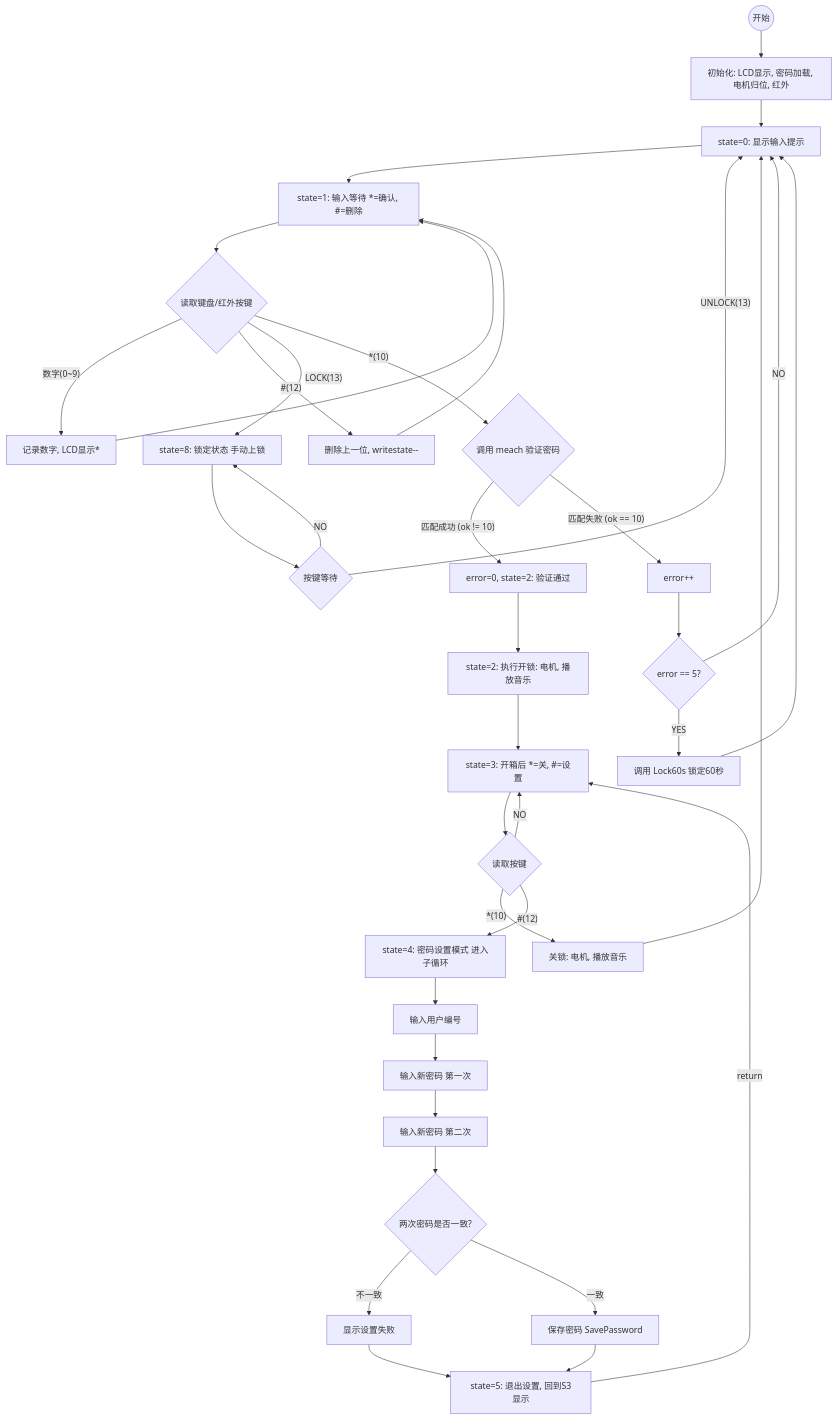
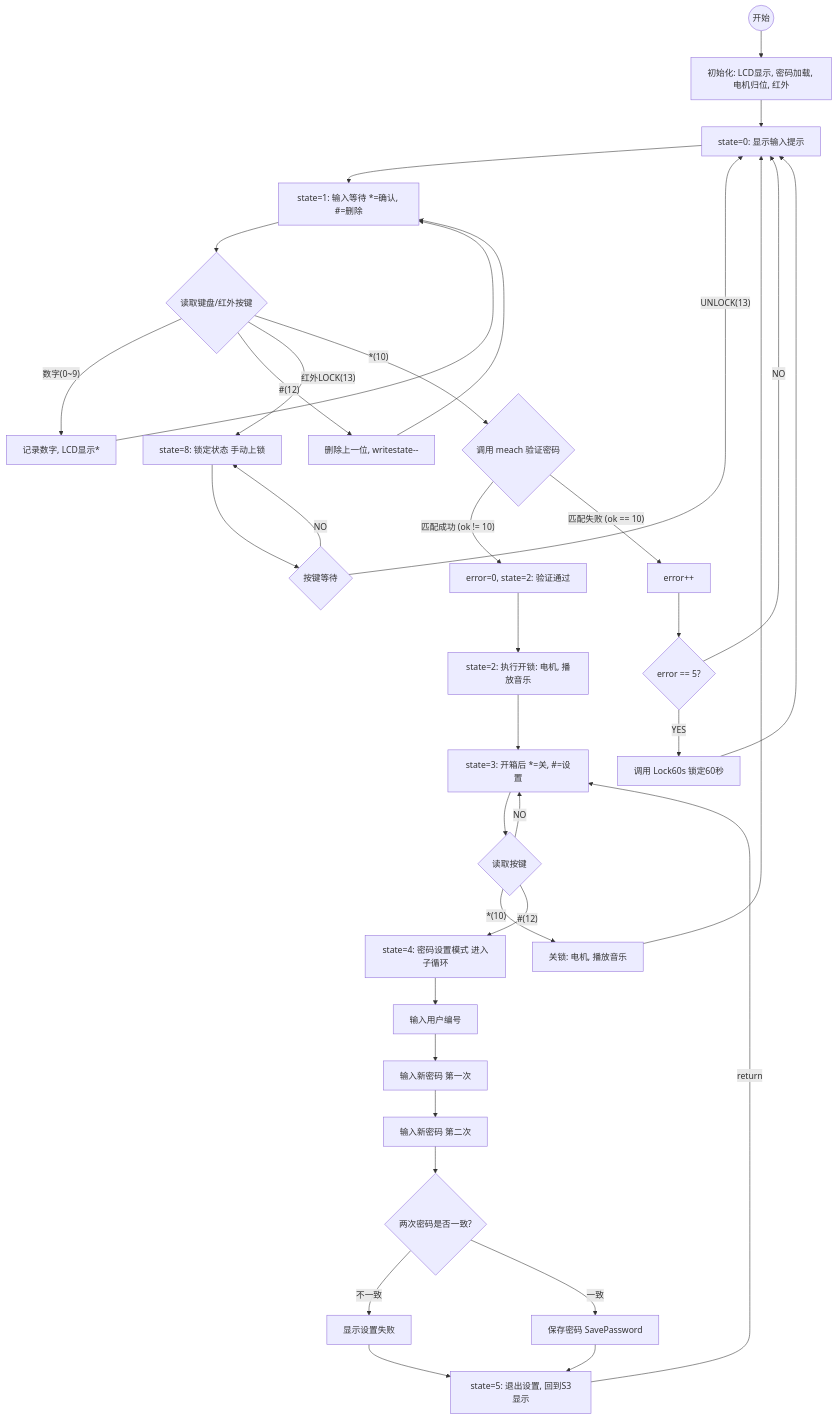
Before and after one commit to ksxyh-22/iodraw-files: the diagram in all/未命名-1.md, drawn with Mermaid.

Commit message:
2025-10-11 11:11:08 update

````diff
--- a/all/未命名-1.md
+++ b/all/未命名-1.md
@@ -1,67 +1,67 @@
 ```mermaid
 graph TD
     %% 状态机主流程
     START((开始)) --> INIT[初始化: LCD显示, 密码加载, 电机归位, 红外];
     INIT --> S0[state=0: 显示输入提示];
 
     %% 状态 1: 密码输入与验证
     S0 --> S1[state=1: 输入等待 *=确认, #=删除];
     
     S1 --> INPUT{读取键盘/红外按键};
     
     INPUT -- 数字(0~9) --> DIGIT[记录数字, LCD显示*];
     DIGIT --> S1;
 
     INPUT -- #(12) --> DELETE[删除上一位, writestate--];
     DELETE --> S1;
 
-    INPUT -- LOCK(13) --> S8[state=8: 锁定状态 手动上锁];
+    INPUT -- 红外LOCK(13) --> S8[state=8: 锁定状态 手动上锁];
     
     INPUT -- *(10) --> VERIFY{调用 meach 验证密码};
     
     VERIFY -- 匹配成功 (ok != 10) --> S2_SUCCESS[error=0, state=2: 验证通过];
     
     VERIFY -- 匹配失败 (ok == 10) --> ERROR_COUNT[error++];
     
     ERROR_COUNT --> CHECK_ERRORS{error == 5?};
     
     CHECK_ERRORS -- NO --> S0;
 
     CHECK_ERRORS -- YES --> LOCK_60s[调用 Lock60s 锁定60秒];
     LOCK_60s --> S0;
 
     %% 状态 2, 3, 5: 开锁后的操作
     S2_SUCCESS --> S2_OPEN[state=2: 执行开锁: 电机, 播放音乐];
     S2_OPEN --> S3[state=3: 开箱后 *=关, #=设置];
 
     S3 --> POST_KEY{读取按键};
     
     POST_KEY -- NO --> S3;
     
     POST_KEY -- *(10) --> S3_CLOSE[关锁: 电机, 播放音乐];
     S3_CLOSE --> S0;
     
     POST_KEY -- #(12) --> S4[state=4: 密码设置模式 进入子循环];
 
     %% 状态 4: 密码设置
     S4 --> S4_USER[输入用户编号];
     S4_USER --> S4_PASS1[输入新密码 第一次];
     S4_PASS1 --> S4_PASS2[输入新密码 第二次];
 
     S4_PASS2 --> S4_CHECK{两次密码是否一致?};
     
     S4_CHECK -- 不一致 --> S4_FAIL[显示设置失败];
     S4_FAIL --> S5[state=5: 退出设置, 回到S3显示];
 
     S4_CHECK -- 一致 --> S4_SAVE[保存密码 SavePassword];
     S4_SAVE --> S5;
     
     S5 -- return --> S3; 
     %% 回到开箱后状态的显示
 
     %% 状态 8: 锁定状态 (手动)
     S8 --> S8_WAIT{按键等待};
     
     S8_WAIT -- NO --> S8;
     S8_WAIT -- UNLOCK(13) --> S0;
 ```
````
